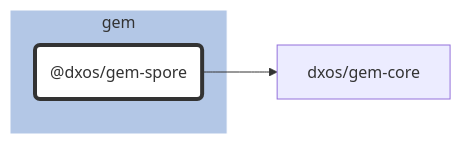
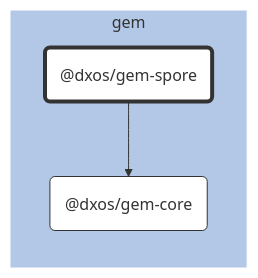
One commit to dxos/dxos changed the diagram in packages/gem/gem-spore/docs/README.md. Above: the diagram before and after it, drawn with Mermaid. The commit also changed 69 other files, not shown here.

````diff
--- a/packages/gem/gem-spore/docs/README.md
+++ b/packages/gem/gem-spore/docs/README.md
@@ -7,21 +7,23 @@
 ```mermaid
 %%{ init: {'flowchart':{'curve':'basis'}} }%%
 
 flowchart LR
 
 %% Classes
 classDef def fill:#fff,stroke:#333,stroke-width:1px
 classDef root fill:#fff,stroke:#333,stroke-width:4px
 
 %% Nodes
 
 subgraph gem [gem]
   style gem fill:#b3c7e6,stroke:#fff
   dxos/gem-spore("@dxos/gem-spore"):::root
   click dxos/gem-spore "dxos/dxos/tree/main/packages/gem/gem-spore/docs"
+  dxos/gem-core("@dxos/gem-core"):::def
+  click dxos/gem-core "dxos/dxos/tree/main/packages/gem/gem-core/docs"
 end
 
 %% Links
 linkStyle default stroke:#333,stroke-width:1px
 dxos/gem-spore --> dxos/gem-core
 ```
````
